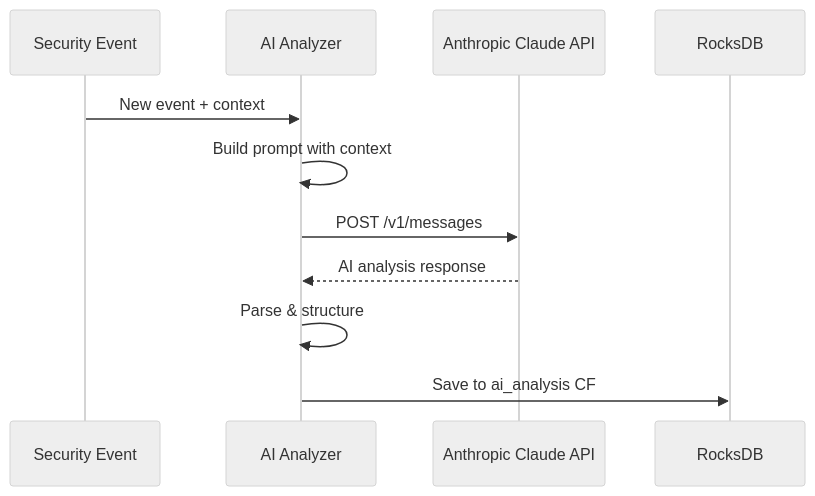
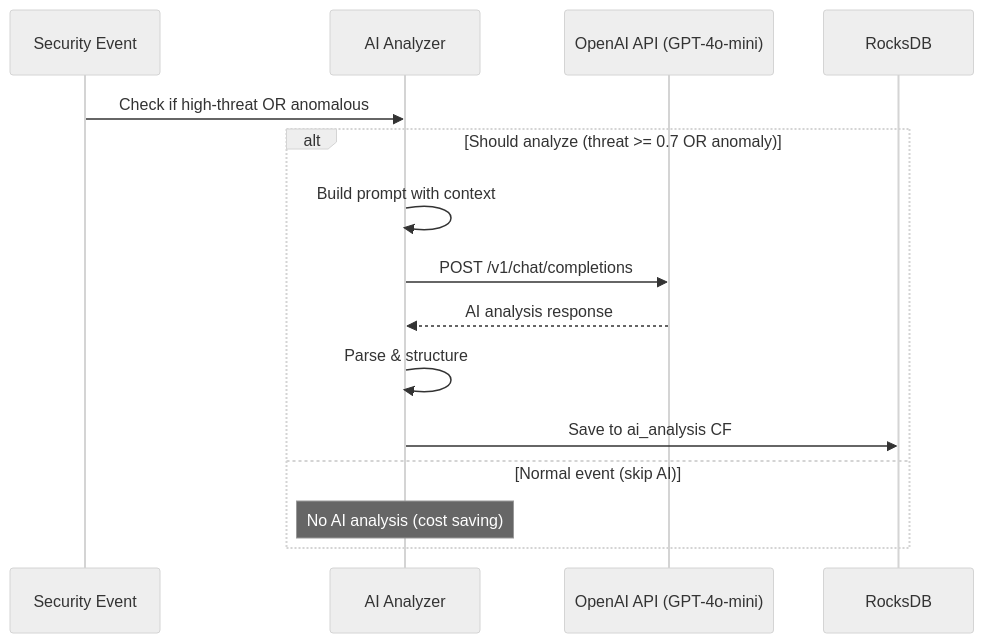
The diagram in docs/final/guides/AI_ML.md (joselor/streamguard), drawn with Mermaid (neutral theme) before and after one commit. The commit also changed other lines of this file and 14 other files, not shown here.

````diff
--- a/docs/final/guides/AI_ML.md
+++ b/docs/final/guides/AI_ML.md
@@ -19,14 +18,18 @@
 ```mermaid
 sequenceDiagram
     participant Event as Security Event
     participant Analyzer as AI Analyzer
-    participant Claude as Anthropic Claude API
+    participant OpenAI as OpenAI API (GPT-4o-mini)
     participant Store as RocksDB
 
-    Event->>Analyzer: New event + context
-    Analyzer->>Analyzer: Build prompt with context
-    Analyzer->>Claude: POST /v1/messages
-    Claude-->>Analyzer: AI analysis response
-    Analyzer->>Analyzer: Parse & structure
-    Analyzer->>Store: Save to ai_analysis CF
+    Event->>Analyzer: Check if high-threat OR anomalous
+    alt Should analyze (threat >= 0.7 OR anomaly)
+        Analyzer->>Analyzer: Build prompt with context
+        Analyzer->>OpenAI: POST /v1/chat/completions
+        OpenAI-->>Analyzer: AI analysis response
+        Analyzer->>Analyzer: Parse & structure
+        Analyzer->>Store: Save to ai_analysis CF
+    else Normal event (skip AI)
+        Note over Analyzer: No AI analysis (cost saving)
+    end
 ```
````
